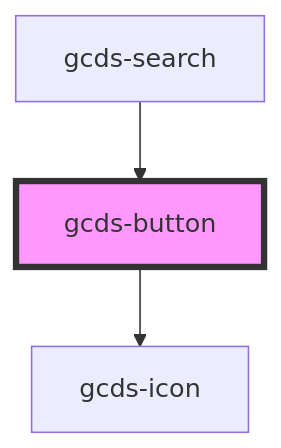
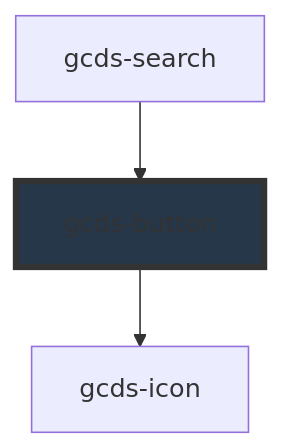
The diagram in packages/web/src/components/gcds-button/readme.md (cds-snc/gcds-components), drawn with Mermaid before and after one commit. The commit also changed other lines of this file and 21 other files, not shown here.

````diff
--- a/packages/web/src/components/gcds-button/readme.md
+++ b/packages/web/src/components/gcds-button/readme.md
@@ -43,6 +50,6 @@
 ```mermaid
 graph TD;
   gcds-button --> gcds-icon
   gcds-search --> gcds-button
-  style gcds-button fill:#f9f,stroke:#333,stroke-width:4px
+  style gcds-button fill:#26374a,stroke:#333,stroke-width:4px
 ```
````
